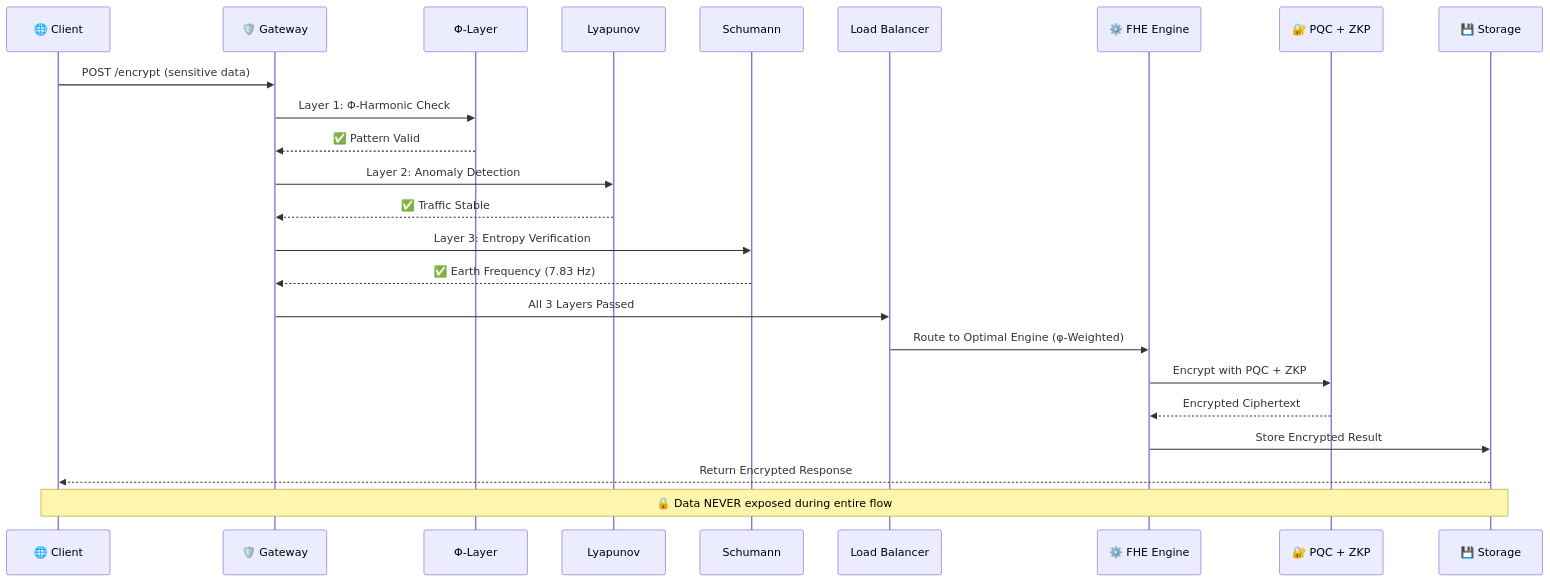
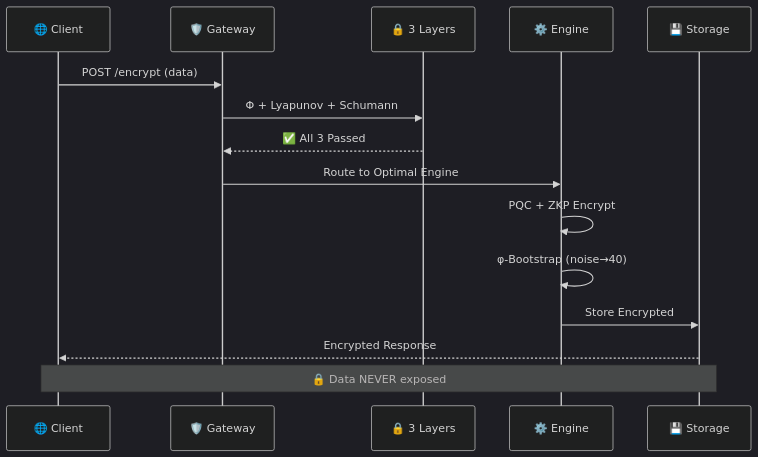
The second of 2 diagrams in README.md (primordialomegazero/BeyondYourComprehensionFHE), drawn with Mermaid before and after one commit. The commit also changed other lines of this file, not shown here.

Commit message:
docs: Fixed badges, compact dark architecture + system flow

````diff
--- a/README.md
+++ b/README.md
@@ -83,37 +75,20 @@
 ```mermaid
+%%{init: {'theme': 'dark', 'themeVariables': { 'primaryColor': '#e94560', 'primaryTextColor': '#000', 'primaryBorderColor': '#ff6b8a', 'lineColor': '#ff6b8a'}}}%%
 sequenceDiagram
-    participant Client as 🌐 Client
-    participant Gateway as 🛡️ Gateway
-    participant Phi as Φ-Layer
-    participant Lyap as Lyapunov
-    participant Schumann as Schumann
-    participant Router as Load Balancer
-    participant Engine as ⚙️ FHE Engine
-    participant Crypto as 🔐 PQC + ZKP
-    participant Storage as 💾 Storage
+    participant C as 🌐 Client
+    participant G as 🛡️ Gateway
+    participant L as 🔒 3 Layers
+    participant E as ⚙️ Engine
+    participant S as 💾 Storage
 
-    Client->>Gateway: POST /encrypt (sensitive data)
+    C->>G: POST /encrypt (data)
+    G->>L: Φ + Lyapunov + Schumann
+    L-->>G: ✅ All 3 Passed
+    G->>E: Route to Optimal Engine
+    E->>E: PQC + ZKP Encrypt
+    E->>E: φ-Bootstrap (noise→40)
+    E->>S: Store Encrypted
+    S-->>C: Encrypted Response
     
-    Gateway->>Phi: Layer 1: Φ-Harmonic Check
-    Phi-->>Gateway: ✅ Pattern Valid
-    
-    Gateway->>Lyap: Layer 2: Anomaly Detection
-    Lyap-->>Gateway: ✅ Traffic Stable
-    
-    Gateway->>Schumann: Layer 3: Entropy Verification
-    Schumann-->>Gateway: ✅ Earth Frequency (7.83 Hz)
-    
-    Gateway->>Router: All 3 Layers Passed
-    
-    Router->>Engine: Route to Optimal Engine (φ-Weighted)
-    
-    Engine->>Crypto: Encrypt with PQC + ZKP
-    
-    Crypto-->>Engine: Encrypted Ciphertext
-    
-    Engine->>Storage: Store Encrypted Result
-    
-    Storage-->>Client: Return Encrypted Response
-    
-    Note over Client,Storage: 🔒 Data NEVER exposed during entire flow
+    Note over C,S: 🔒 Data NEVER exposed
 ```
````
